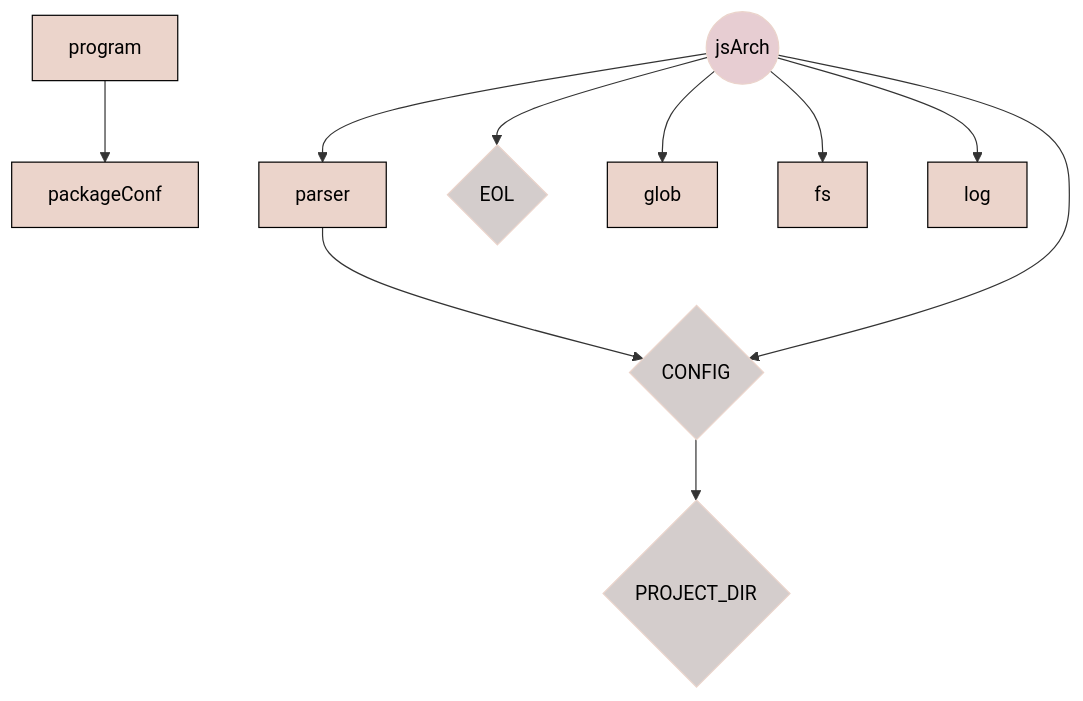
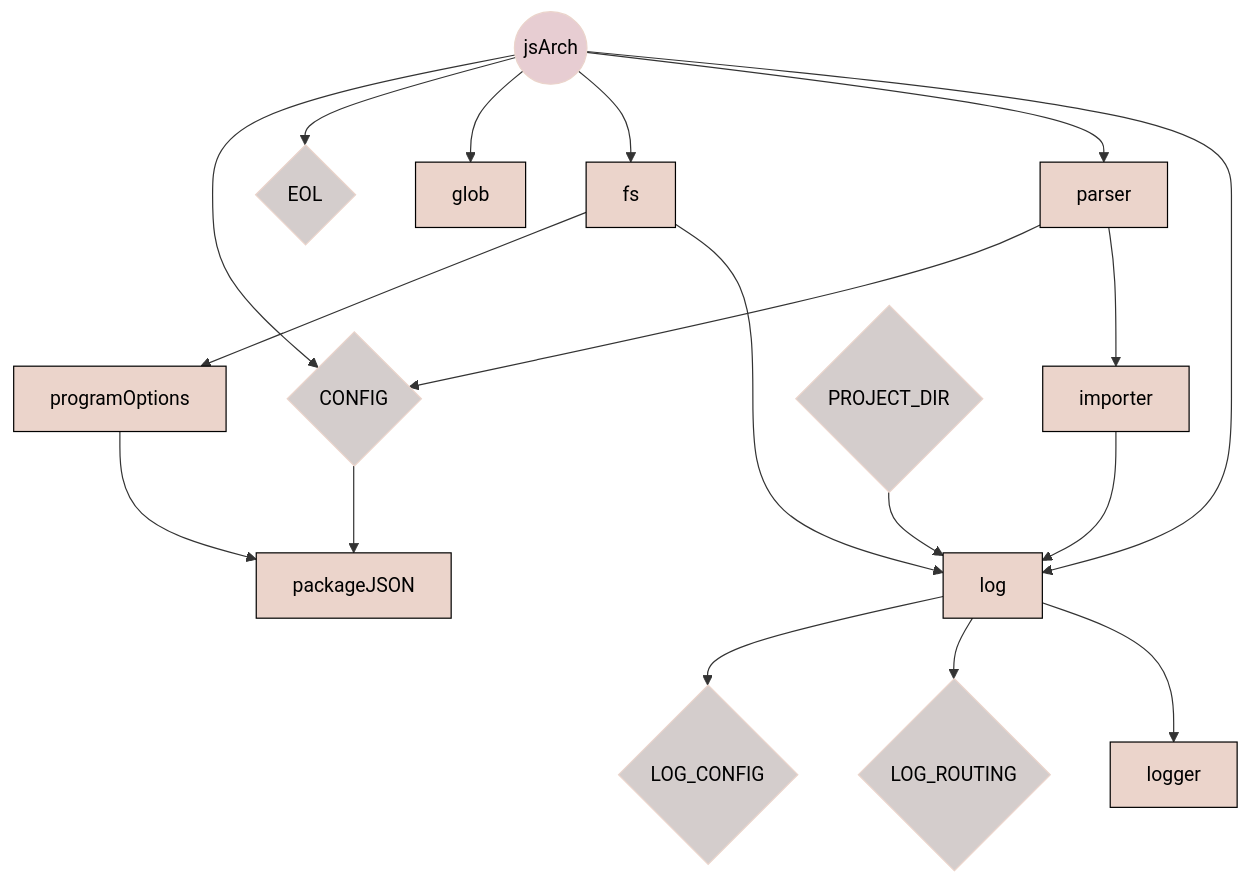
One commit to nfroidure/jsarch changed the diagram in DEPENDENCIES.mmd. Above: the diagram before and after it, drawn with Mermaid. The commit also changed 4 other files, not shown here.

```diff
--- a/DEPENDENCIES.mmd
+++ b/DEPENDENCIES.mmd
@@ -1,23 +1,35 @@
 graph TD
-  program-->packageConf
+  programOptions-->packageJSON
   parser-->CONFIG{CONFIG}
-  CONFIG{CONFIG}-->PROJECT_DIR{PROJECT_DIR}
+  parser-->importer
+  PROJECT_DIR{PROJECT_DIR}-->log
+  importer-->log
+  CONFIG{CONFIG}-->packageJSON
+  fs-->programOptions
+  fs-->log
+  log-->LOG_CONFIG{LOG_CONFIG}
+  log-->LOG_ROUTING{LOG_ROUTING}
+  log-->logger
   jsArch((jsArch))-->CONFIG{CONFIG}
   jsArch((jsArch))-->EOL{EOL}
   jsArch((jsArch))-->glob
   jsArch((jsArch))-->fs
   jsArch((jsArch))-->parser
   jsArch((jsArch))-->log
   classDef jsarch fill:#e7cdd2,stroke:#ebd4cb,stroke-width:1px,color:#000;
   classDef config fill:#d4cdcc,stroke:#ebd4cb,stroke-width:1px,color:#000;
   classDef others fill:#ebd4cb,stroke:#000,stroke-width:1px,color:#000;
-  class program others;
-  class packageConf others;
+  class programOptions others;
+  class packageJSON others;
   class CONFIG config;
   class parser others;
+  class importer others;
   class PROJECT_DIR config;
+  class log others;
+  class fs others;
+  class LOG_CONFIG config;
+  class LOG_ROUTING config;
+  class logger others;
   class jsArch jsarch;
   class EOL config;
   class glob others;
-  class fs others;
-  class log others;
```
